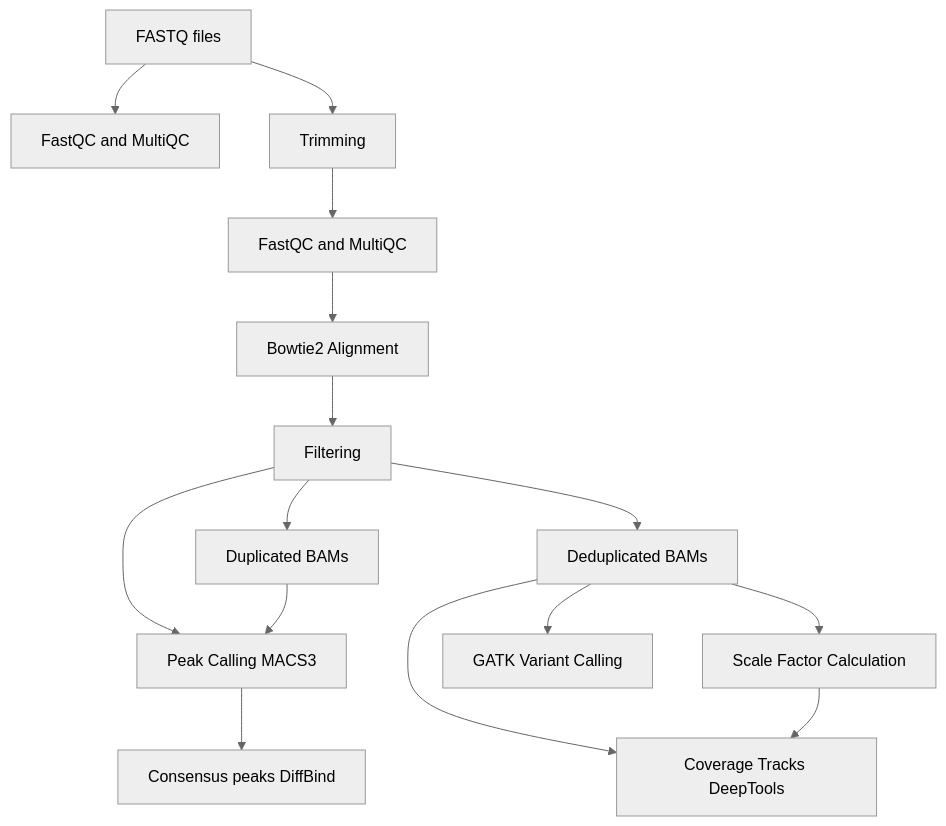
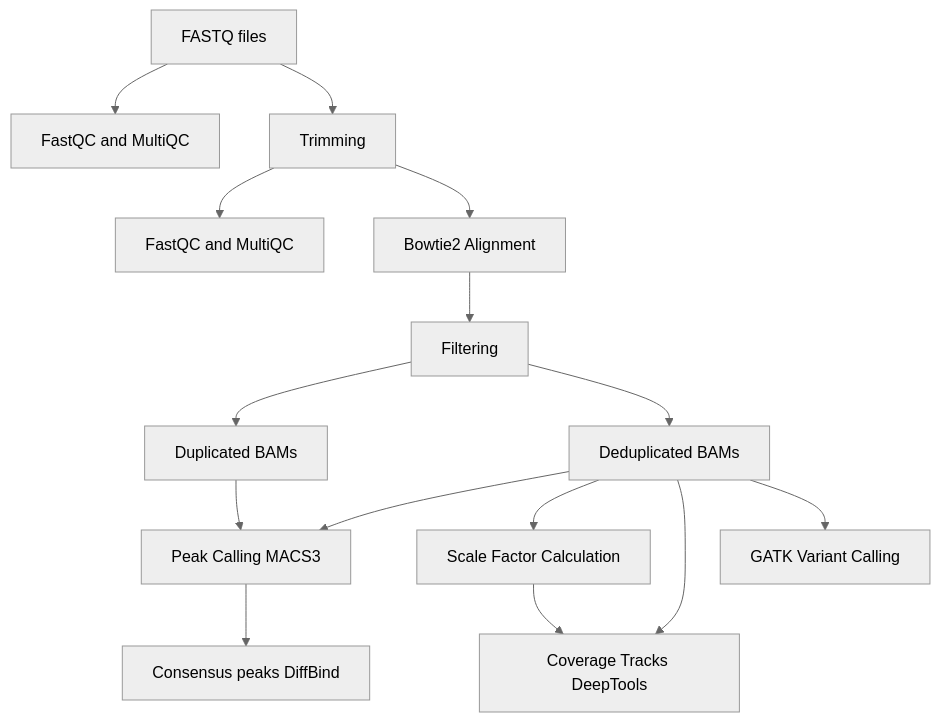
One commit to CarlosRangel23/CutTagFlow changed the diagram in README.md. Above: the diagram before and after it, drawn with Mermaid (neutral theme). The commit also changed other lines of this file, not shown here.

````diff
--- a/README.md
+++ b/README.md
@@ -19,17 +19,17 @@
 ```mermaid
 flowchart TD
     A[FASTQ files] --> B[FastQC and MultiQC]
     A --> C[Trimming]
     C --> D[FastQC and MultiQC]
-    D --> E[Bowtie2 Alignment]
+    C --> E[Bowtie2 Alignment]
     E --> F[Filtering]
     F --> G[Duplicated BAMs]
     F --> H[Deduplicated BAMs]
-    F --> I[Peak Calling MACS3]
+    H --> I[Peak Calling MACS3]
     G --> I
     I --> J[Consensus peaks DiffBind]
     H --> K[Scale Factor Calculation]
     H --> L[Coverage Tracks DeepTools]
     K --> L
     H --> M[GATK Variant Calling]
 ```
````
